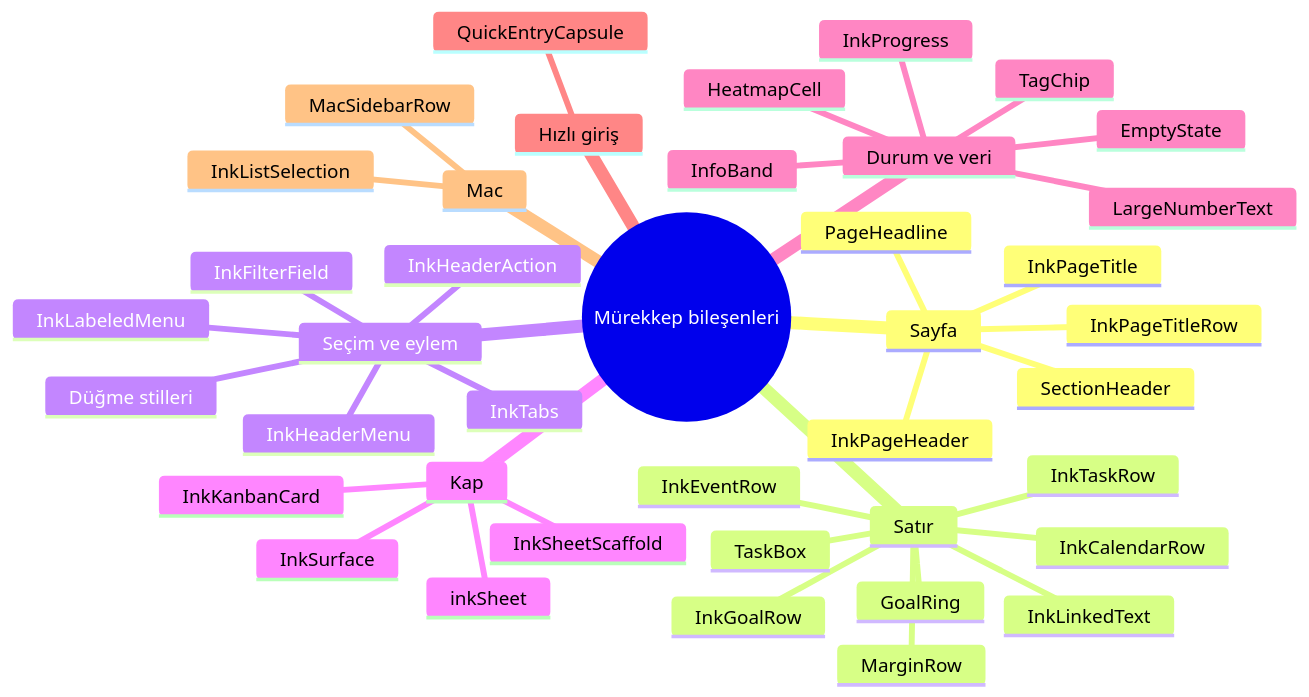
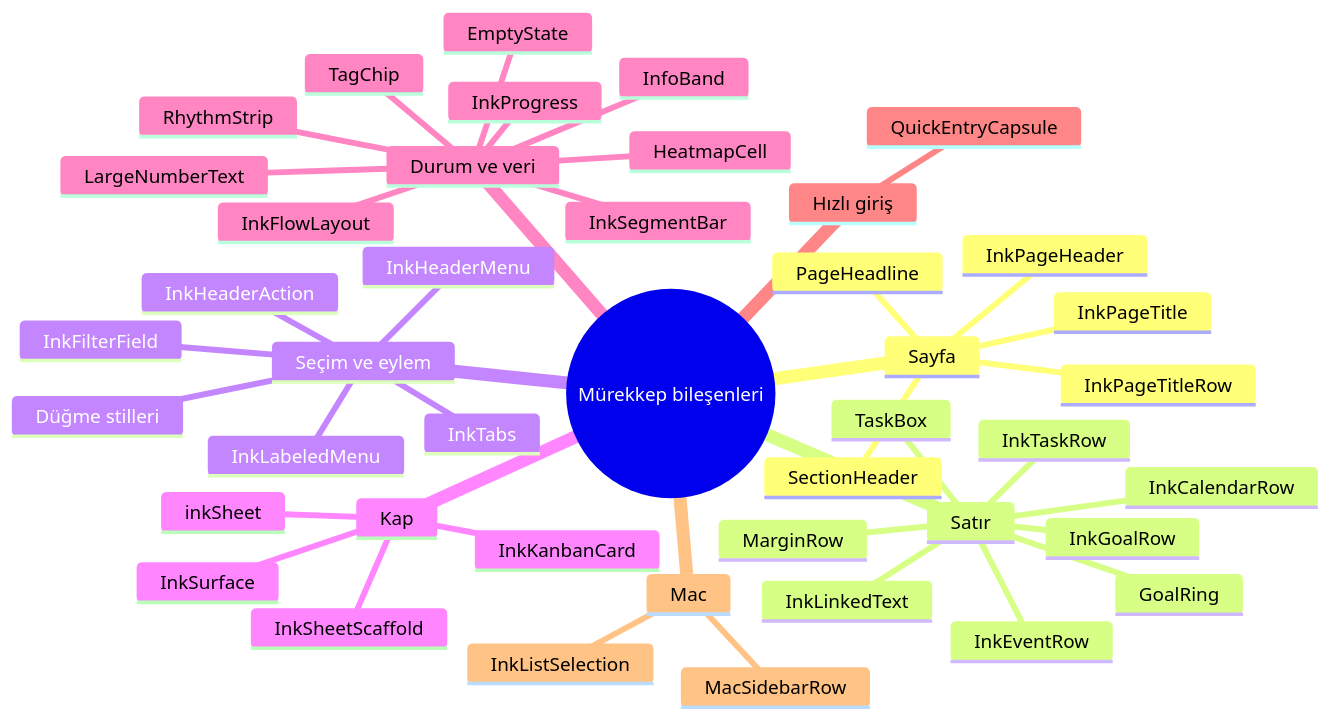
One commit to dogancanyildiz/kenet changed the sixth of 6 diagrams in docs/design.md. Above: the diagram before and after it, drawn with Mermaid. The commit also changed other lines of this file and 55 other files, not shown here.

````diff
--- a/docs/design.md
+++ b/docs/design.md
@@ -586,43 +586,46 @@
 ```mermaid
 mindmap
   root((Mürekkep bileşenleri))
     Sayfa
       InkPageTitle
       InkPageTitleRow
       InkPageHeader
       PageHeadline
       SectionHeader
     Satır
       MarginRow
       InkTaskRow
       InkGoalRow
       InkEventRow
       InkCalendarRow
       TaskBox
       GoalRing
       InkLinkedText
     Seçim ve eylem
       InkHeaderAction
       InkHeaderMenu
       InkTabs
       InkLabeledMenu
       InkFilterField
       Düğme stilleri
     Kap
       inkSheet
       InkSheetScaffold
       InkSurface
       InkKanbanCard
     Durum ve veri
       InfoBand
       EmptyState
       InkProgress
       HeatmapCell
       LargeNumberText
       TagChip
+      RhythmStrip
+      InkSegmentBar
+      InkFlowLayout
     Hızlı giriş
       QuickEntryCapsule
     Mac
       InkListSelection
       MacSidebarRow
 ```
````
